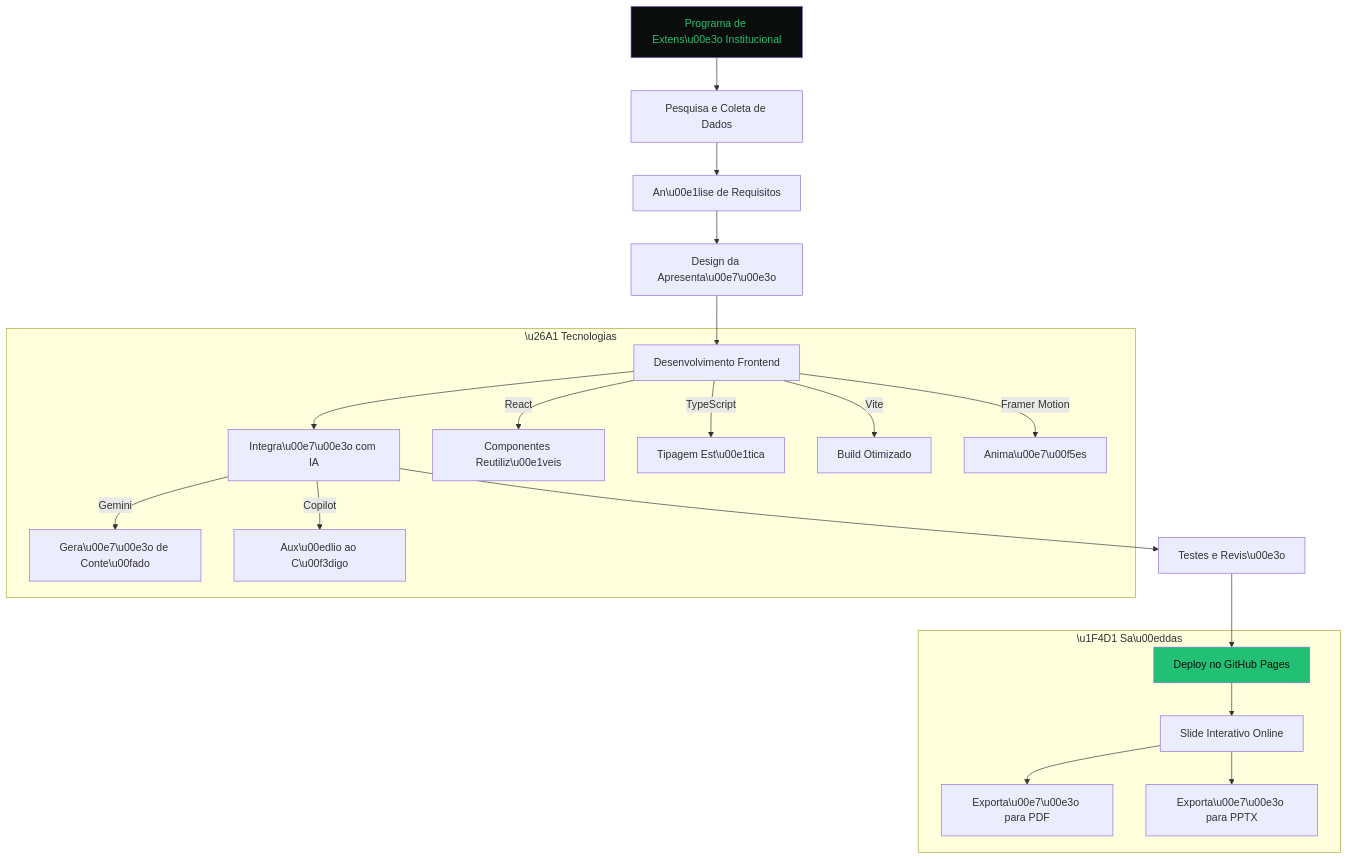
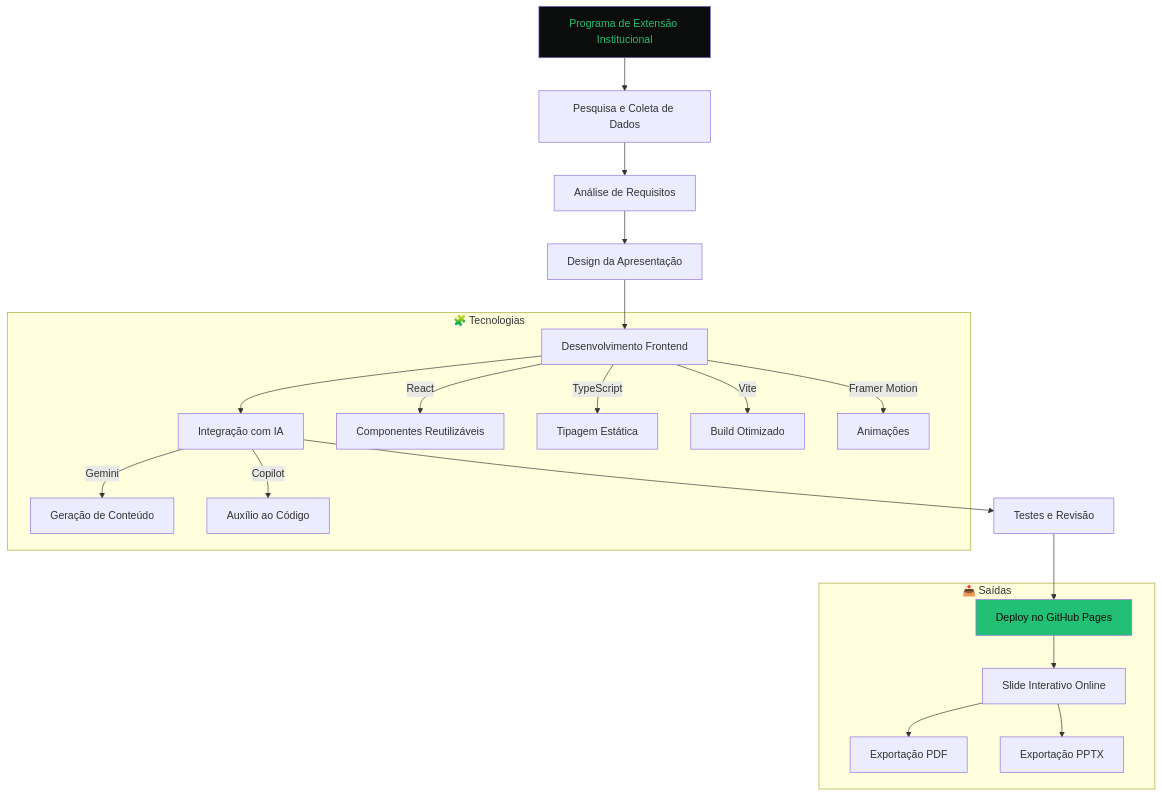
The first of 2 diagrams in README.md (MarcozEduardo/Programa-de-Extens-o-Institucional), drawn with Mermaid before and after one commit. The commit also changed other lines of this file and 1 other file, not shown here.

````diff
--- a/README.md
+++ b/README.md
@@ -70,28 +70,28 @@
 ```mermaid
 flowchart TD
-    A[Programa de Extens\u00e3o Institucional] --> B[Pesquisa e Coleta de Dados]
-    B --> C[An\u00e1lise de Requisitos]
-    C --> D[Design da Apresenta\u00e7\u00e3o]
+    A[Programa de Extensão Institucional] --> B[Pesquisa e Coleta de Dados]
+    B --> C[Análise de Requisitos]
+    C --> D[Design da Apresentação]
     D --> E[Desenvolvimento Frontend]
-    E --> F[Integra\u00e7\u00e3o com IA]
-    F --> G[Testes e Revis\u00e3o]
+    E --> F[Integração com IA]
+    F --> G[Testes e Revisão]
     G --> H[Deploy no GitHub Pages]
     
-    subgraph "\u26A1 Tecnologias"
-        E -->|React| I[Componentes Reutiliz\u00e1veis]
-        E -->|TypeScript| J[Tipagem Est\u00e1tica]
+    subgraph "🧩 Tecnologias"
+        E -->|React| I[Componentes Reutilizáveis]
+        E -->|TypeScript| J[Tipagem Estática]
         E -->|Vite| K[Build Otimizado]
-        E -->|Framer Motion| L[Anima\u00e7\u00f5es]
-        F -->|Gemini| M[Gera\u00e7\u00e3o de Conte\u00fado]
-        F -->|Copilot| N[Aux\u00edlio ao C\u00f3digo]
+        E -->|Framer Motion| L[Animações]
+        F -->|Gemini| M[Geração de Conteúdo]
+        F -->|Copilot| N[Auxílio ao Código]
     end
     
-    subgraph "\u1F4D1 Sa\u00eddas"
+    subgraph "📤 Saídas"
         H --> O[Slide Interativo Online]
-        O --> P[Exporta\u00e7\u00e3o para PDF]
-        O --> Q[Exporta\u00e7\u00e3o para PPTX]
+        O --> P[Exportação PDF]
+        O --> Q[Exportação PPTX]
     end
     
     style A fill:#0a0d0b,color:#22c074
     style H fill:#22c074,color:#0a0d0b
 ```
````
